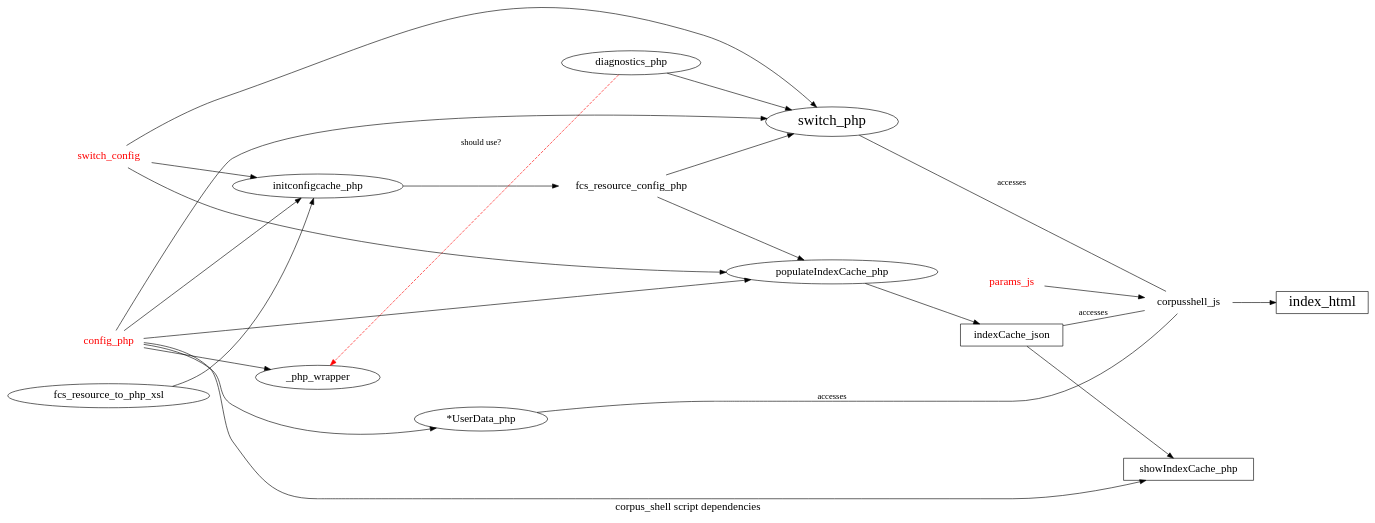
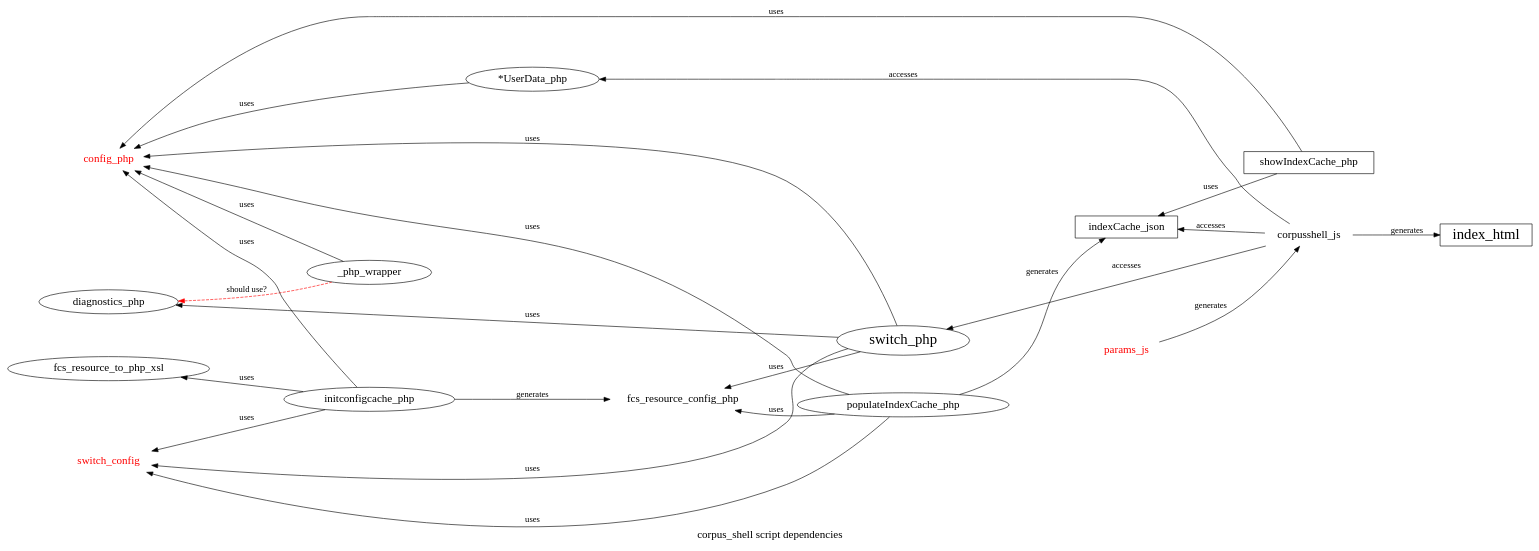
The diagram in docs/c_s_dep.dot (vronk/corpus_shell), drawn with Graphviz before and after one commit. The commit also changed 2 other files, not shown here.

Commit message:
updated dep-graph of main c_s scripts to reflect the reorganization + explicitly labeled links

```diff
--- a/docs/c_s_dep.dot
+++ b/docs/c_s_dep.dot
@@ -1,127 +1,133 @@
 /* 
 
 dot -oc_s_dep.png -Tpng c_s_dep.dot
 
 */
 digraph c_s_places {
   label="corpus_shell script dependencies";
 	rankdir=LR;
 	/* size="10,11";	
 	ranksep=1.3;*/
 	nodesep=0.7;	 
 	fontsize=18;
 	node [fontsize=18];
-	
+	graph [compound=true];
 
 	/* graph [compound=true,
 		mclimit=4,		
 		remincross=true,
 		nodesep = 0.1;	
 	size="12,12";		
 	];
 	*/
 
 
 /* scripts */
 node [shape="ellipse"];
 switch_php [fontsize=24 ];
 populateIndexCache_php;
 initconfigcache_php;
 diagnostics_php;
 fcs_resource_to_php_xsl;
 _userdata [label="*UserData_php"];
 _php_wrapper;
 
 /* config */
 node [shape=none];
 switch_config [fontcolor=red];
 config_php [fontcolor=red];
 fcs_resource_config_php;
 params_js [fontcolor=red];
 corpusshell_js;
 
 /* data? */
 node [shape=box];
 indexCache_json;
 index_html [fontsize=24 ];
 showIndexCache_php;
 	
 /*
 	subgraph cluster_aggregator {
-		label="fcs/aggregator";
+		label="fcs-aggregator";
 		initconfigcache_php;
 		fcs_resource_config_php;
 		switch_php;		
 		switch_config;
+		fcs_resource_to_php_xsl;
+		
+		populateIndexCache_php;
+		showIndexCache_php;
 	}
 
 	subgraph cluster_fcs_utils_php{
-		label="fcs/utils/php";
+		label="utils-php";
 		  config_php;
 		  diagnostics_php;
-		  fcs_resource_to_php_xsl;
 	}
 
 subgraph cluster_fcs_wrapper_php{
-		label="fcs/wrapper/php";
+		label="mysqlonsru";
 		  _php_wrapper;
 	}
 
 	subgraph cluster_main {
-		label="main/utils";				
-	
-		populateIndexCache_php;
-		showIndexCache_php;
+		label="userdata";				
 		_userdata;
 	}
 
 
 	subgraph cluster_js {
 		label="scripts/js";				
 	
 		params_js;
 		corpusshell_js;
 		indexCache_json;
 		
 	}
 */
 
 /* usedBy */
-/* edge [label="usedBy"]; */
+ edge [dir=back, label="uses"];
 config_php -> switch_php;
 config_php -> _php_wrapper;
 config_php -> populateIndexCache_php;
 config_php -> showIndexCache_php;
 config_php -> initconfigcache_php;
 config_php -> _userdata;
 switch_config -> switch_php;
 switch_config -> populateIndexCache_php;
+switch_config -> initconfigcache_php; 
 
+diagnostics_php -> switch_php;
+fcs_resource_config_php -> switch_php;
+fcs_resource_config_php -> populateIndexCache_php;
+fcs_resource_to_php_xsl -> initconfigcache_php;
+
+indexCache_json -> showIndexCache_php; 
+
+diagnostics_php -> _php_wrapper [style=dashed, color=red, label="should use?"];
+
+/* generates */
+ edge [dir=forward, label="generates"];
 
 populateIndexCache_php -> indexCache_json;
-diagnostics_php -> switch_php;
-switch_config -> initconfigcache_php -> fcs_resource_config_php -> switch_php;
-fcs_resource_config_php -> populateIndexCache_php;
-fcs_resource_to_php_xsl -> initconfigcache_php  [constraint=false];
+initconfigcache_php -> fcs_resource_config_php;
+
 
 params_js -> corpusshell_js;
 corpusshell_js -> index_html;
-/* indexCache_json -> showIndexCache_php  [constraint=false];  */
-indexCache_json -> showIndexCache_php; 
 
-diagnostics_php -> _php_wrapper [style=dashed, color=red, label="should use?", constraint=false];
 
-edge [label="accesses", arrowhead=none, arrowtail="open"];
-/* seen reversed */
+
+/* edge [label="accesses", arrowhead=none, arrowtail="open"]; */
+edge [dir=back, label="accesses"];
 switch_php -> corpusshell_js;
 _userdata -> corpusshell_js;
 indexCache_json -> corpusshell_js;
  
 
-
 /* contains */
-edge [arrowhead=none, arrowtail=none, label=""];
-
+edge [dir=none, label=""];
 
 
 }
```
